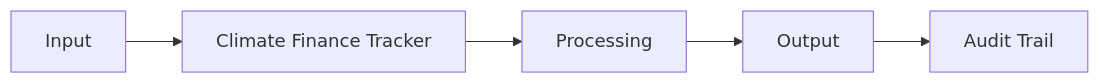
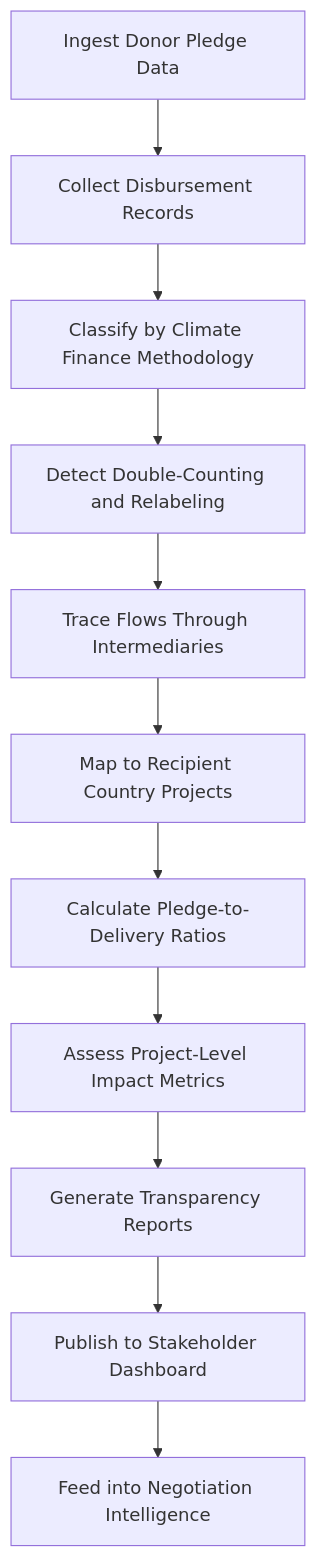
One commit to andrew-leo-2024/marketplace-docs changed the diagram in docs/audiences/04-international-institutions/climate-finance-tracker.mdx. Above: the diagram before and after it, drawn with Mermaid. The commit also changed other lines of this file and 401 other files, not shown here.

````diff
--- a/docs/audiences/04-international-institutions/climate-finance-tracker.mdx
+++ b/docs/audiences/04-international-institutions/climate-finance-tracker.mdx
@@ -29,7 +35,13 @@
 ```mermaid
-graph LR
-    A[Input] --> B[Climate Finance Tracker]
-    B --> C[Processing]
-    C --> D[Output]
-    D --> E[Audit Trail]
+graph TD
+    A[Ingest Donor Pledge Data] --> B[Collect Disbursement Records]
+    B --> C[Classify by Climate Finance Methodology]
+    C --> D[Detect Double-Counting and Relabeling]
+    D --> E[Trace Flows Through Intermediaries]
+    E --> F[Map to Recipient Country Projects]
+    F --> G[Calculate Pledge-to-Delivery Ratios]
+    G --> H[Assess Project-Level Impact Metrics]
+    H --> I[Generate Transparency Reports]
+    I --> J[Publish to Stakeholder Dashboard]
+    J --> K[Feed into Negotiation Intelligence]
 ```
````
